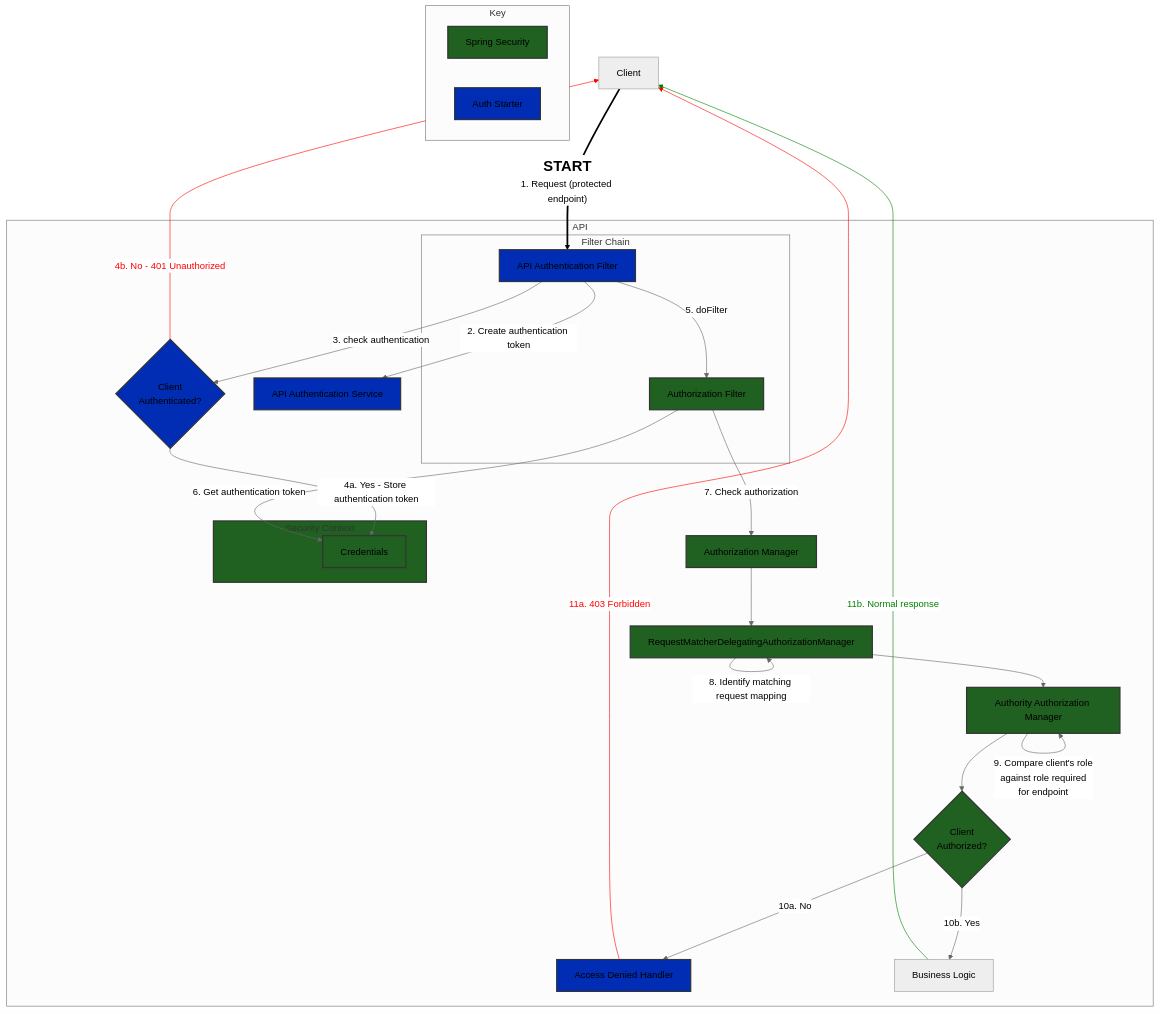
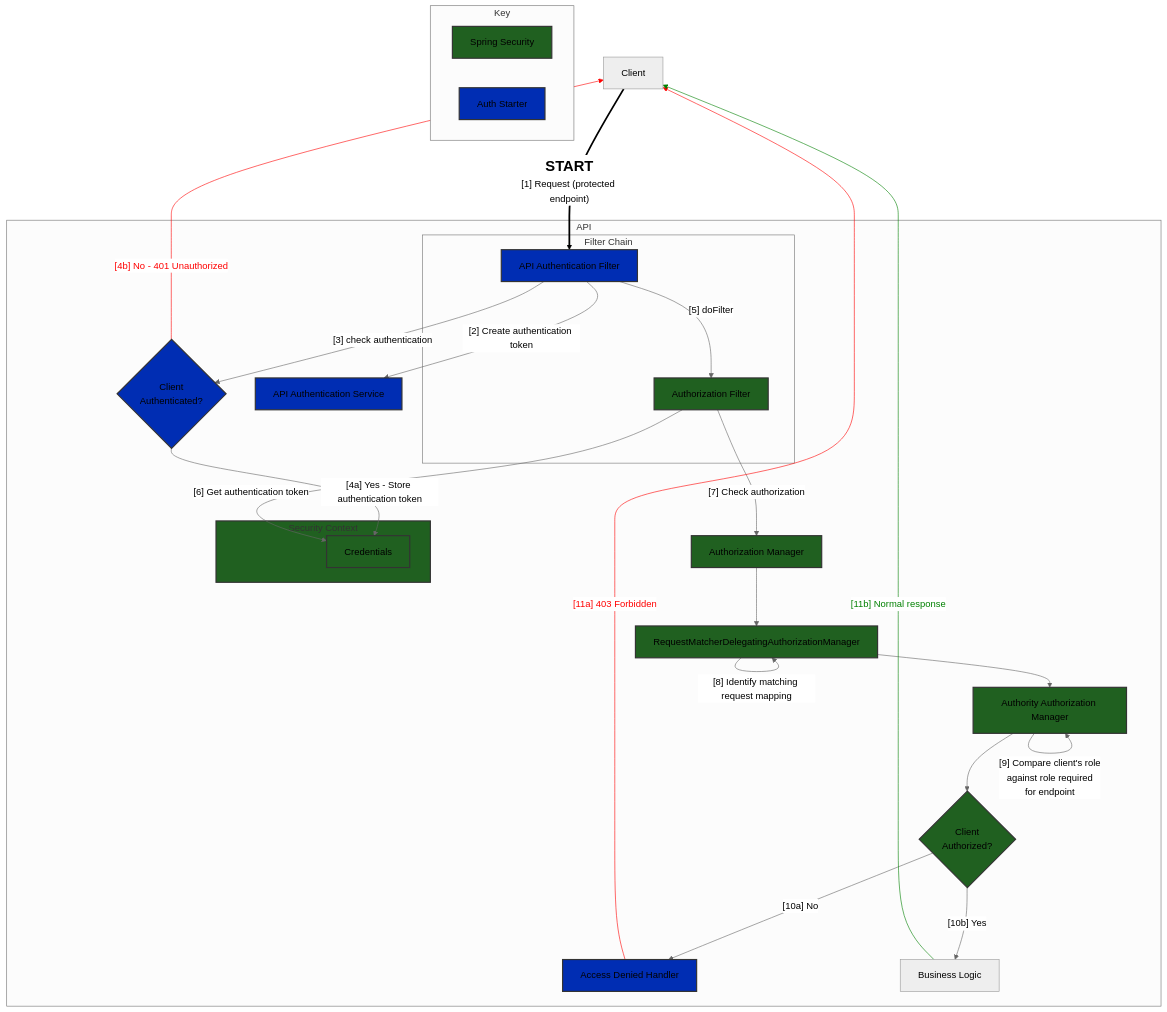
One commit to ministryofjustice/laa-spring-boot-common changed the diagram in laa-ccms-spring-boot-starters/laa-ccms-spring-boot-starter-auth/README.md. Above: the diagram before and after it, drawn with Mermaid (neutral theme).

Commit message:
Fix mermaid diagram (#22)

````diff
--- a/laa-ccms-spring-boot-starters/laa-ccms-spring-boot-starter-auth/README.md
+++ b/laa-ccms-spring-boot-starters/laa-ccms-spring-boot-starter-auth/README.md
@@ -90,79 +90,78 @@
 ```mermaid
 graph
     
     subgraph key["Key"]
         green["Spring Security"]
         blue["Auth Starter"]
     end
 
     client["Client"]
     
     subgraph api["API"]
 
         subgraph filterChain["Filter Chain"]
             authenticationFilter["API Authentication Filter"]
             authorizationFilter["Authorization Filter"]
         end
         
         authenticationService["API Authentication Service"]
         
         authorizationM["Authorization Manager"]
         rmdAuthorizationM["RequestMatcherDelegatingAuthorizationManager"]
         authorityAuthorizationM["Authority Authorization Manager"]
         
         authorizationCheck{"Client<br>Authorized?"}
         accessDeniedHandler["Access Denied Handler"]
         businessLogic["Business Logic"]
 
         subgraph securityContext["Security Context"]
             creds["Credentials"]
         end
 
         authenticationCheck{"Client<br>Authenticated?"}
         
     end
     
-    client -- <span style='color:black;font-weight:bold;font-size:25px' style=''>START</span><br>1. Request (protected endpoint) --> authenticationFilter
+    client -- <span style='color:black;font-weight:bold;font-size:25px' style=''>START</span><br>[1] Request (protected endpoint) --> authenticationFilter
 
-    authenticationFilter -- 2. Create authentication token --> authenticationService
+    authenticationFilter -- [2] Create authentication token --> authenticationService
     
-    authenticationFilter -- 3. check authentication --> authenticationCheck
+    authenticationFilter -- [3] check authentication --> authenticationCheck
 
-    authenticationCheck -- 4a. Yes - Store authentication token --> creds
+    authenticationCheck -- [4a] Yes - Store authentication token --> creds
     
-    authenticationCheck -- 4b. No - 401 Unauthorized --> client
+    authenticationCheck -- [4b] No - 401 Unauthorized --> client
     
-    authenticationFilter -- 5. doFilter --> authorizationFilter
+    authenticationFilter -- [5] doFilter --> authorizationFilter
 
-    authorizationFilter -- 6. Get authentication token --> creds
+    authorizationFilter -- [6] Get authentication token --> creds
 
-    authorizationFilter -- 7. Check authorization --> authorizationM
+    authorizationFilter -- [7] Check authorization --> authorizationM
     
     authorizationM --> rmdAuthorizationM
 
-    rmdAuthorizationM -- 8. Identify matching request mapping--> rmdAuthorizationM
+    rmdAuthorizationM -- [8] Identify matching request mapping --> rmdAuthorizationM
 
     rmdAuthorizationM --> authorityAuthorizationM
 
-    authorityAuthorizationM -- 9. Compare client's role<br>against role required<br>for endpoint --> authorityAuthorizationM
+    authorityAuthorizationM -- [9] Compare client's role<br>against role required<br>for endpoint --> authorityAuthorizationM
     
     authorityAuthorizationM --> authorizationCheck
     
-    authorizationCheck -- 10a. No --> accessDeniedHandler
-    accessDeniedHandler -- 11a. 403 Forbidden --> client
+    authorizationCheck -- [10a] No --> accessDeniedHandler
+    accessDeniedHandler -- [11a] 403 Forbidden --> client
 
-    authorizationCheck -- 10b. Yes --> businessLogic
-    businessLogic -- 11b. Normal response --> client
+    authorizationCheck -- [10b] Yes --> businessLogic
+    businessLogic -- [11b] Normal response --> client
 
 
     classDef green fill:#206020,stroke:#333,stroke-width:2px;
     classDef blue fill:#002db3,stroke:#333,stroke-width:2px;
     class green,authorizationFilter,authM,authP,providerM,securityContext,creds,authorizationM,rmdAuthorizationM,authorizationCheck,authorityAuthorizationM green
     class blue,authenticationFilter,authenticationService,accessDeniedHandler,authenticationCheck blue
     linkStyle 0 stroke-width:3px,stroke:black,color:black
     
     linkStyle 4 stroke:red,color:red
     linkStyle 14 stroke:red,color:red
     linkStyle 16 stroke:green,color:green
-
 ```
````
